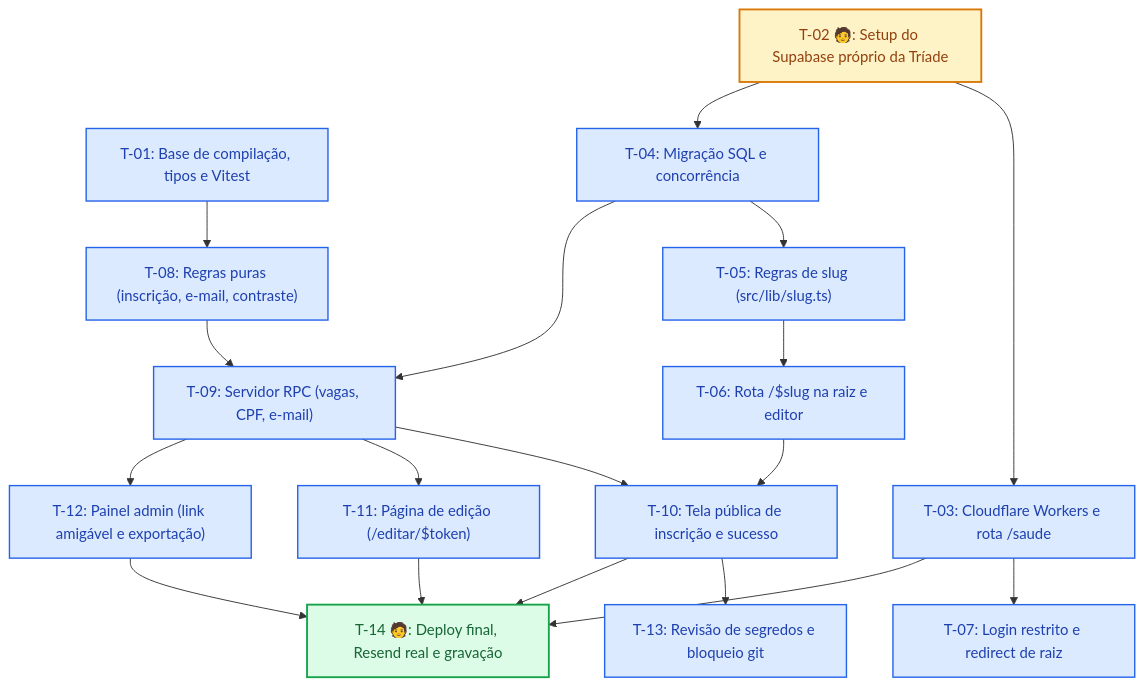
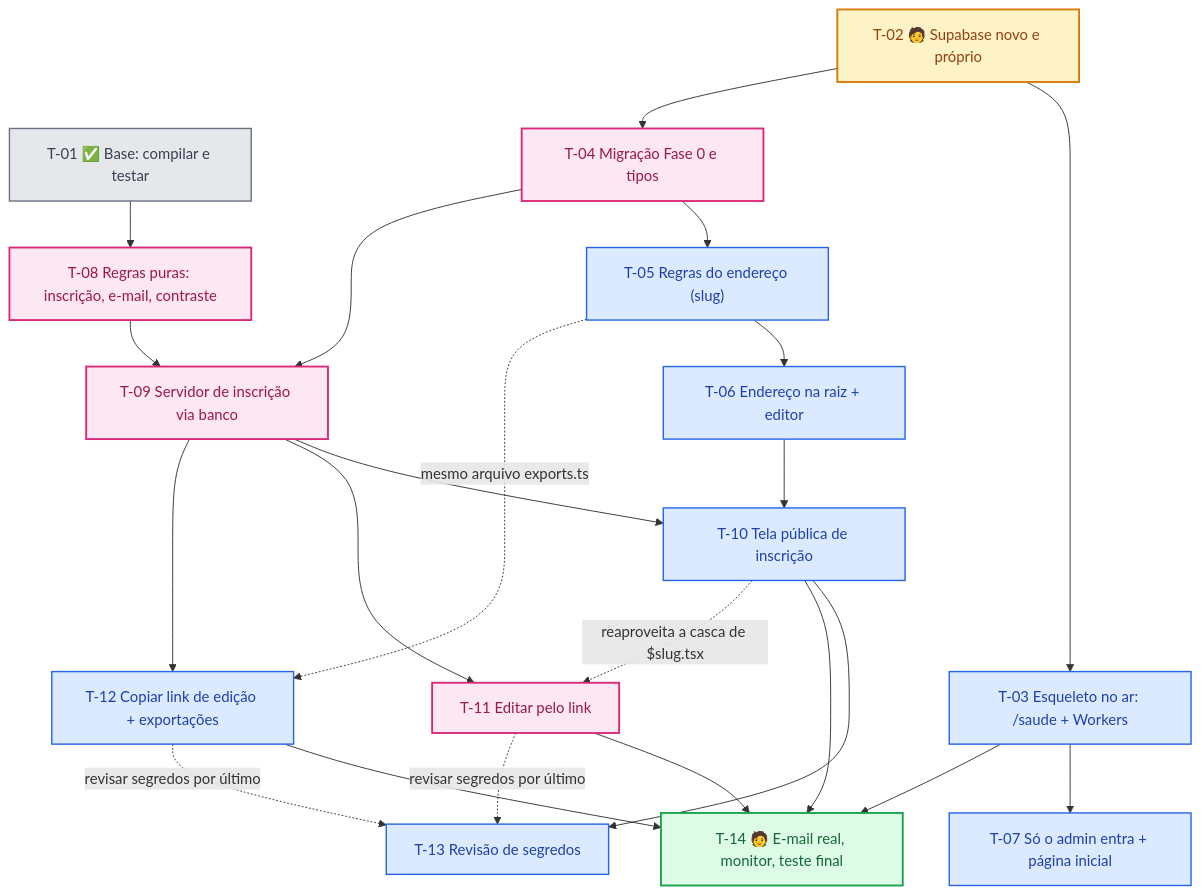
One commit to ThiagoMiranda40/form-builder-pro changed the diagram in specs/001-fase-0-no-ar/ordem-de-execucao.md. Above: the diagram before and after it, drawn with Mermaid. The commit also changed other lines of this file, not shown here.

````diff
--- a/specs/001-fase-0-no-ar/ordem-de-execucao.md
+++ b/specs/001-fase-0-no-ar/ordem-de-execucao.md
@@ -10,50 +18,46 @@
 ```mermaid
 flowchart TD
     classDef manual fill:#fef3c7,stroke:#d97706,stroke-width:2px,color:#92400e;
     classDef auto fill:#dbeafe,stroke:#2563eb,stroke-width:1.5px,color:#1e40af;
+    classDef review fill:#fce7f3,stroke:#db2777,stroke-width:2px,color:#9d174d;
     classDef finish fill:#dcfce7,stroke:#16a34a,stroke-width:2px,color:#166534;
+    classDef done fill:#e5e7eb,stroke:#6b7280,stroke-width:1.5px,color:#374151;
 
-    T01["T-01: Base de compilação, tipos e Vitest"]:::auto
-    T02["T-02 🧑: Setup do Supabase próprio da Tríade"]:::manual
-    
-    T03["T-03: Cloudflare Workers e rota /saude"]:::auto
-    T04["T-04: Migração SQL e concorrência"]:::auto
-    T08["T-08: Regras puras (inscrição, e-mail, contraste)"]:::auto
-    
-    T05["T-05: Regras de slug (src/lib/slug.ts)"]:::auto
-    T07["T-07: Login restrito e redirect de raiz"]:::auto
-    T09["T-09: Servidor RPC (vagas, CPF, e-mail)"]:::auto
-    
-    T06["T-06: Rota /$slug na raiz e editor"]:::auto
-    T11["T-11: Página de edição (/editar/$token)"]:::auto
-    T12["T-12: Painel admin (link amigável e exportação)"]:::auto
-    
-    T10["T-10: Tela pública de inscrição e sucesso"]:::auto
-    
-    T13["T-13: Revisão de segredos e bloqueio git"]:::auto
-    T14["T-14 🧑: Deploy final, Resend real e gravação"]:::finish
+    T01["T-01 ✅ Base: compilar e testar"]:::done
+    T02["T-02 🧑 Supabase novo e próprio"]:::manual
+    T03["T-03 Esqueleto no ar: /saude + Workers"]:::auto
+    T04["T-04 Migração Fase 0 e tipos"]:::review
+    T05["T-05 Regras do endereço (slug)"]:::auto
+    T06["T-06 Endereço na raiz + editor"]:::auto
+    T07["T-07 Só o admin entra + página inicial"]:::auto
+    T08["T-08 Regras puras: inscrição, e-mail, contraste"]:::review
+    T09["T-09 Servidor de inscrição via banco"]:::review
+    T10["T-10 Tela pública de inscrição"]:::auto
+    T11["T-11 Editar pelo link"]:::review
+    T12["T-12 Copiar link de edição + exportações"]:::auto
+    T13["T-13 Revisão de segredos"]:::auto
+    T14["T-14 🧑 E-mail real, monitor, teste final"]:::finish
 
-    %% Dependências
     T02 --> T03
     T02 --> T04
     T01 --> T08
-
     T04 --> T05
     T05 --> T06
     T03 --> T07
-
     T04 --> T09
     T08 --> T09
-
     T06 --> T10
     T09 --> T10
     T09 --> T11
     T09 --> T12
-
     T10 --> T13
-
     T10 --> T14
     T11 --> T14
     T12 --> T14
     T03 --> T14
+
+    T05 -.->|mesmo arquivo exports.ts| T12
+    T10 -.->|reaproveita a casca de $slug.tsx| T11
+    T11 -.->|revisar segredos por último| T13
+    T12 -.->|revisar segredos por último| T13
 ```
````
